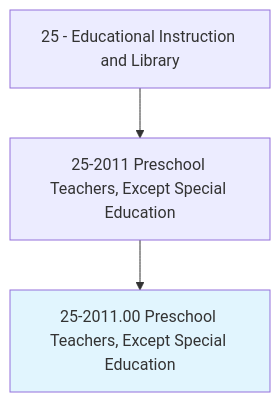
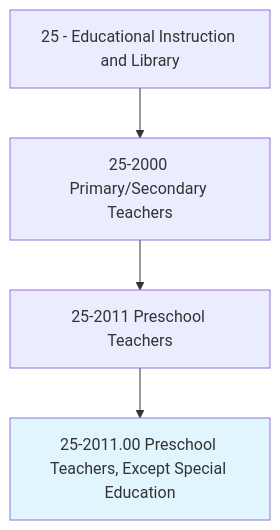
Before and after one commit to kziemski/business.org.ai: the first of 4 diagrams in occupations/Education/PreschoolTeachersExceptSpecialEducation.mdx, drawn with Mermaid. The commit also changed other lines of this file and 938 other files, not shown here.

````diff
--- a/occupations/Education/PreschoolTeachersExceptSpecialEducation.mdx
+++ b/occupations/Education/PreschoolTeachersExceptSpecialEducation.mdx
@@ -19,6 +23,7 @@
 ```mermaid
 graph TD
-    Cat25["25 - Educational Instruction and Library"] --> Group252011["25-2011 Preschool Teachers, Except Special Education"]
+    Cat25["25 - Educational Instruction and Library"] --> Group252["25-2000 Primary/Secondary Teachers"]
+    Group252 --> Group252011["25-2011 Preschool Teachers"]
     Group252011 --> Current["25-2011.00 Preschool Teachers, Except Special Education"]
     style Current fill:#e1f5fe
 ```
````
